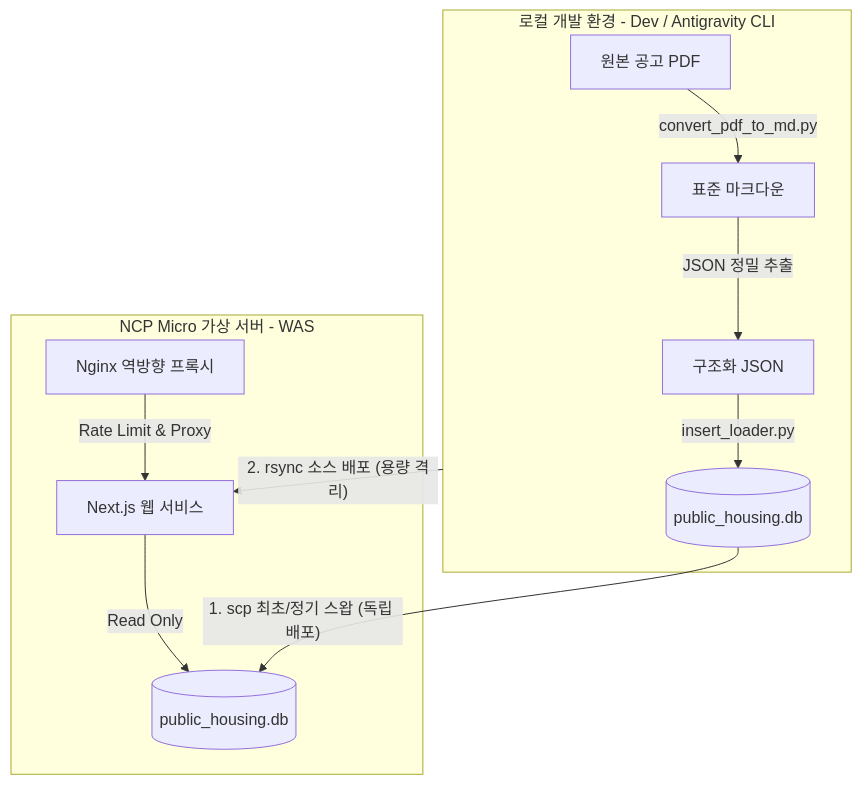
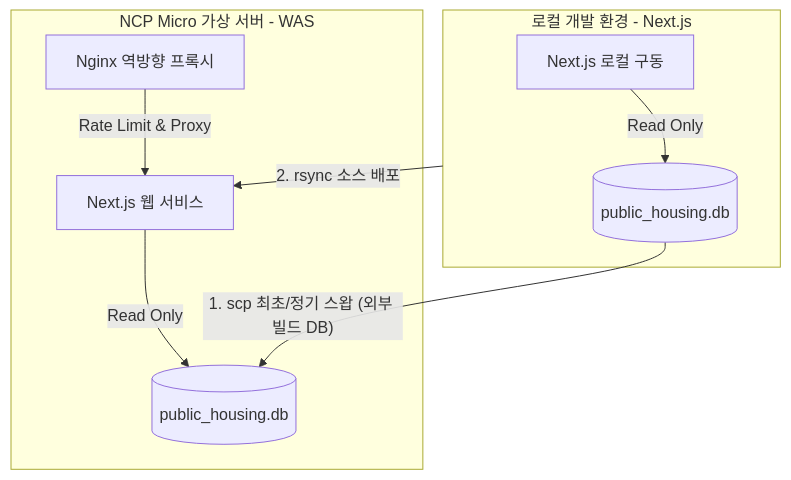
Before and after one commit to JaeMin1130/pleasehome: the diagram in README.md, drawn with Mermaid. The commit also changed other lines of this file and 15 other files, not shown here.

````diff
--- a/README.md
+++ b/README.md
@@ -35,16 +35,14 @@
 ```mermaid
 graph TD
-    subgraph Local [로컬 개발 환경 - Dev / Antigravity CLI]
-        PDF[원본 공고 PDF] --> |convert_pdf_to_md.py| MD[표준 마크다운]
-        MD --> |JSON 정밀 추출| JSON[구조화 JSON]
-        JSON --> |insert_loader.py| DB_Dev[(public_housing.db)]
+    subgraph Dev [로컬 개발 환경 - Next.js]
+        Next_Dev[Next.js 로컬 구동] --> |Read Only| DB_Dev[(public_housing.db)]
     end
 
     subgraph Server [NCP Micro 가상 서버 - WAS]
-        Nginx[Nginx 역방향 프록시] --> |Rate Limit & Proxy| Next[Next.js 웹 서비스]
-        Next --> |Read Only| DB_Server[(public_housing.db)]
+        Nginx[Nginx 역방향 프록시] --> |Rate Limit & Proxy| Next_Srv[Next.js 웹 서비스]
+        Next_Srv --> |Read Only| DB_Server[(public_housing.db)]
     end
 
-    DB_Dev -- "1. scp 최초/정기 스왑 (독립 배포)" --> DB_Server
-    Local -- "2. rsync 소스 배포 (용량 격리)" --> Next
+    DB_Dev -- "1. scp 최초/정기 스왑 (외부 빌드 DB)" --> DB_Server
+    Dev -- "2. rsync 소스 배포" --> Next_Srv
 ```
````
